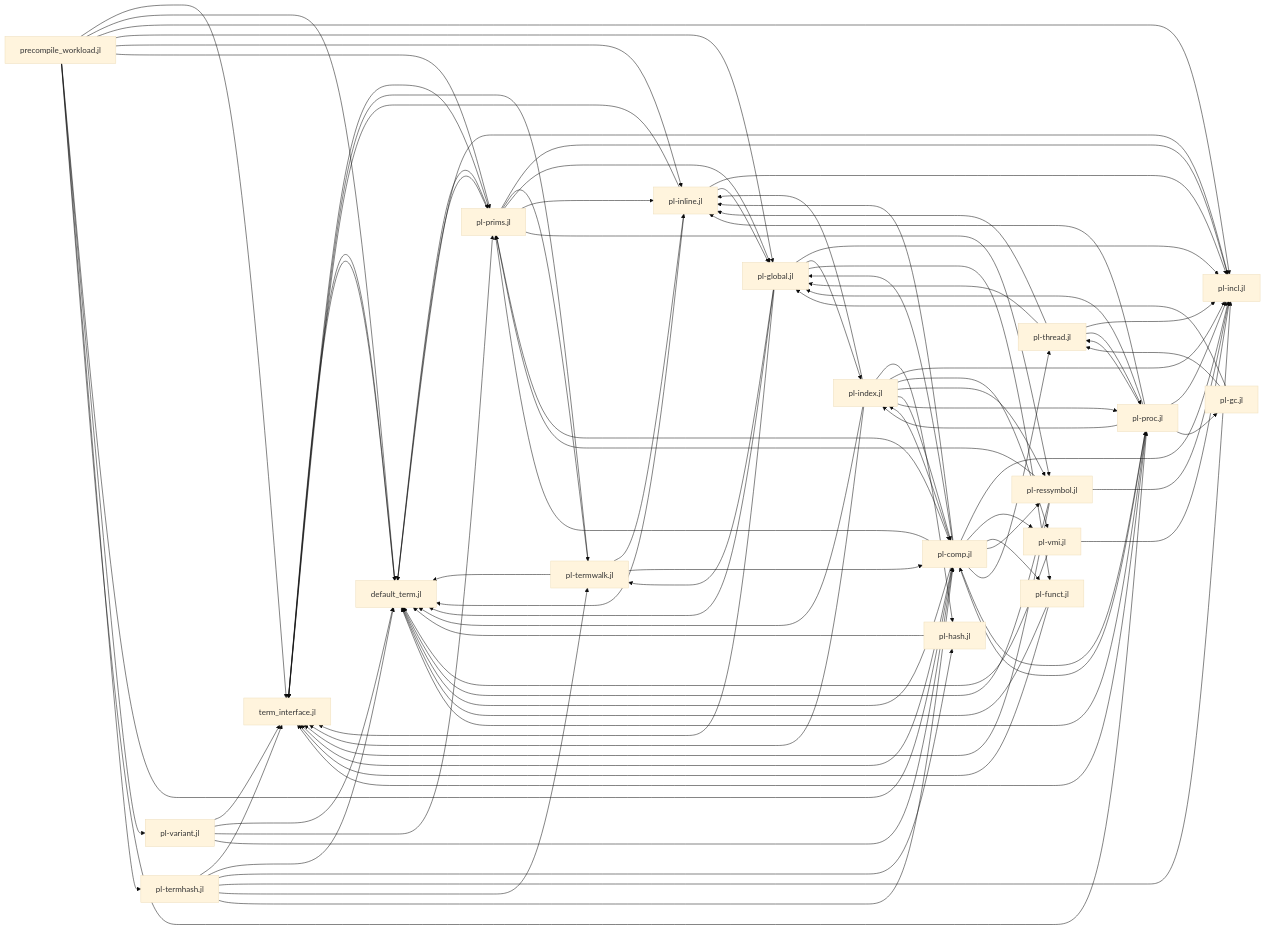
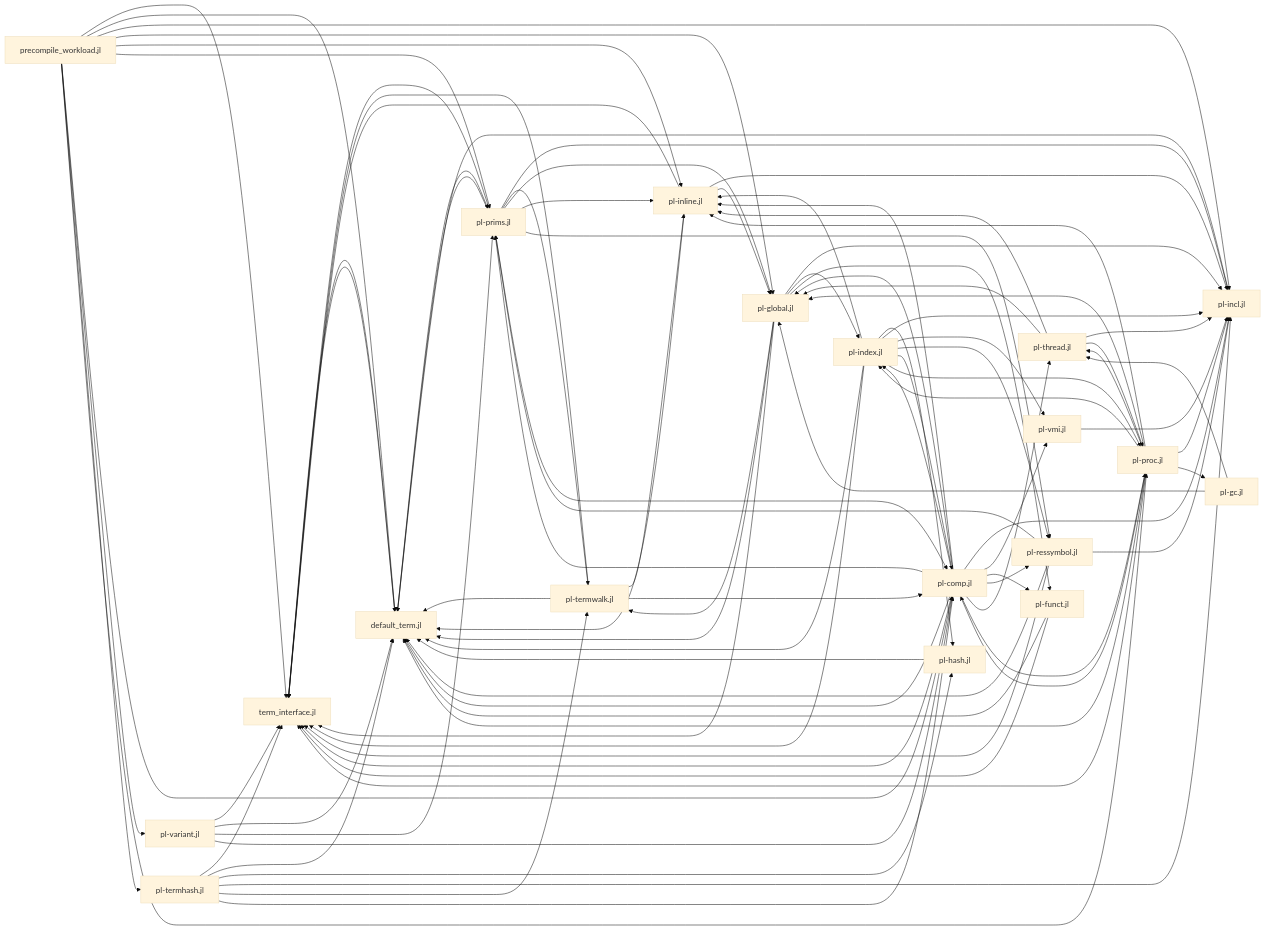
One commit to CognitiveSubstratesAI/LogicKernel changed the first of 2 diagrams in docs/architecture.md. Above: the diagram before and after it, drawn with Mermaid (base theme). The commit also changed other lines of this file and 12 other files, not shown here.

```diff
--- a/docs/architecture.md
+++ b/docs/architecture.md
@@ -295,7 +296,6 @@
     pl_termwalk --> default_term
     pl_termwalk --> pl_inline
     pl_termwalk --> pl_comp
-    pl_vmi --> default_term
     pl_vmi --> pl_incl
     pl_index --> term_interface
     pl_index --> default_term
```
